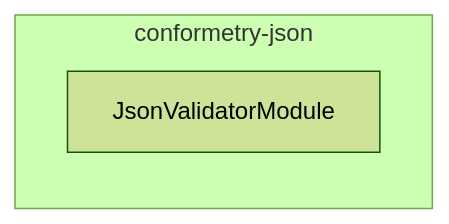
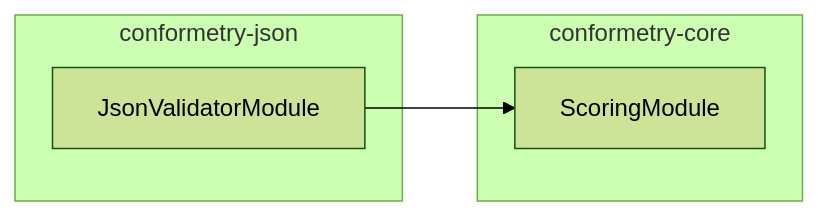
The diagram in packages/conformetry-json/AGENTS.md (JimmyPaolini/codebase), drawn with Mermaid (forest theme) before and after one commit. The commit also changed other lines of this file and 141 other files, not shown here.

````diff
--- a/packages/conformetry-json/AGENTS.md
+++ b/packages/conformetry-json/AGENTS.md
@@ -57,6 +57,10 @@
 ```mermaid
 flowchart LR
   subgraph group0["conformetry-json"]
     JsonValidatorModule
   end
+  subgraph group1["conformetry-core"]
+    ScoringModule
+  end
+  JsonValidatorModule --> ScoringModule
 ```
````
